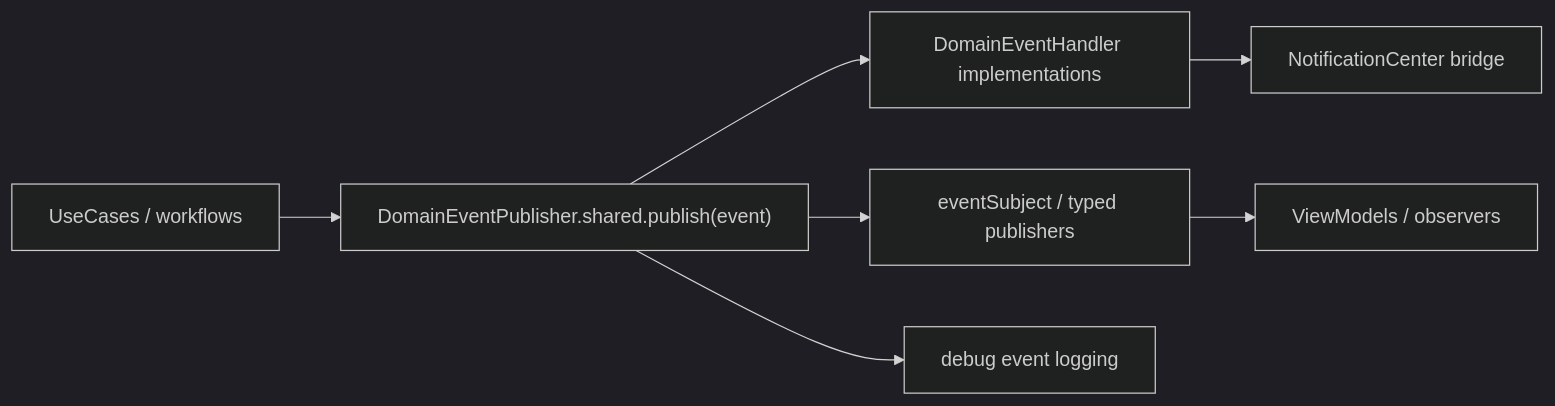
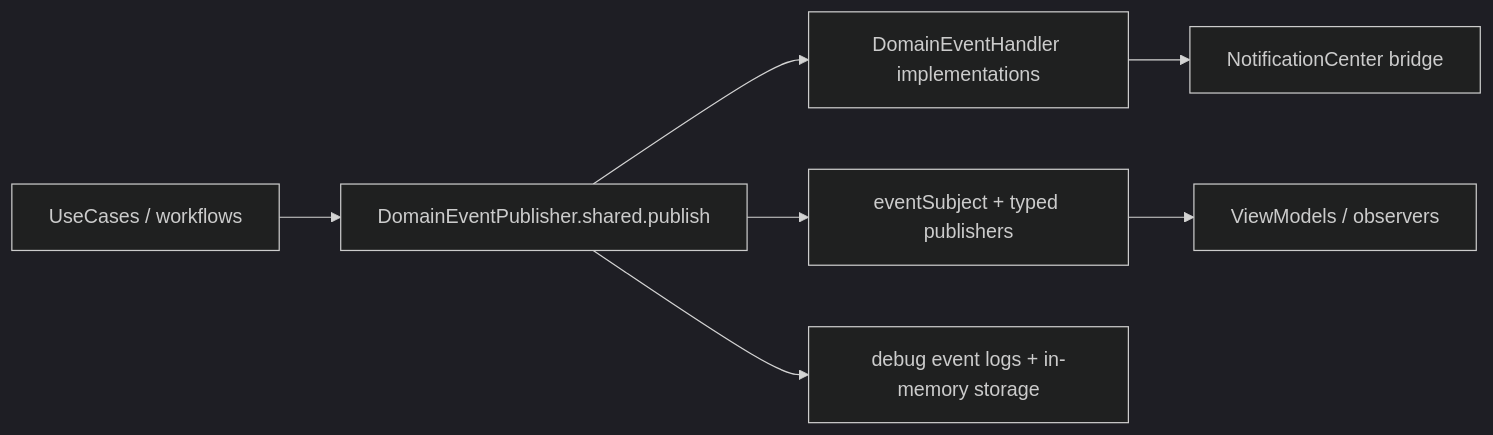
The diagram in docs/architecture/domain-events-and-observability-v2.md (Saransh-Sharma/Tasker), drawn with Mermaid (dark theme) before and after one commit. The commit also changed other lines of this file and 10 other files, not shown here.

Commit message:
docs: update architecture documentation for V3

````diff
--- a/docs/architecture/domain-events-and-observability-v2.md
+++ b/docs/architecture/domain-events-and-observability-v2.md
@@ -17,9 +16,9 @@
 ```mermaid
 flowchart LR
-    UC["UseCases / workflows"] --> PUB["DomainEventPublisher.shared.publish(event)"]
+    UC["UseCases / workflows"] --> PUB["DomainEventPublisher.shared.publish"]
     PUB --> HANDLERS["DomainEventHandler implementations"]
-    PUB --> COMBINE["eventSubject / typed publishers"]
+    PUB --> COMBINE["eventSubject + typed publishers"]
     HANDLERS --> NC["NotificationCenter bridge"]
-    COMBINE --> VM["ViewModels / observers"]
-    PUB --> LOG["debug event logging"]
+    COMBINE --> OBS["ViewModels / observers"]
+    PUB --> LOG["debug event logs + in-memory storage"]
 ```
````
